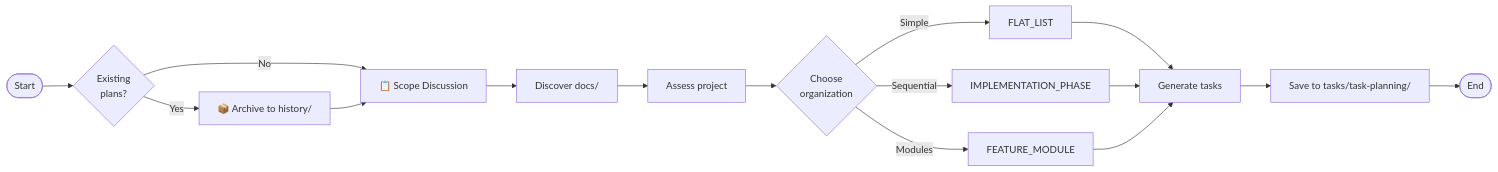
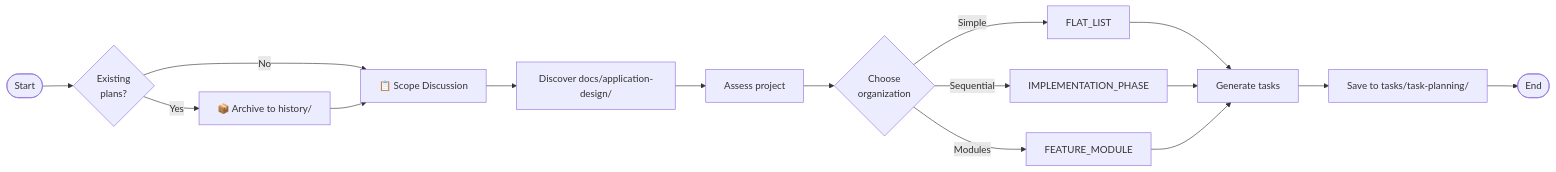
Before and after one commit to abcxyzx0099/datachat: the diagram in .claude/skills/task-planning/SKILL.md, drawn with Mermaid. The commit also changed other lines of this file and 38 other files, not shown here.

````diff
--- a/.claude/skills/task-planning/SKILL.md
+++ b/.claude/skills/task-planning/SKILL.md
@@ -24,22 +24,22 @@
 ```mermaid
 flowchart LR
     Start([Start]) --> Check{Existing<br/>plans?}
     Check -->|No| Scope["📋 Scope Discussion"]
     Check -->|Yes| Archive["📦 Archive to history/"]
     Archive --> Scope
 
-    Scope --> Discover[Discover docs/]
+    Scope --> Discover[Discover docs/application-design/]
     Discover --> Assess[Assess project]
     Assess --> Decide{Choose<br/>organization}
 
     Decide -->|Simple| Flat[FLAT_LIST]
     Decide -->|Sequential| Phase[IMPLEMENTATION_PHASE]
     Decide -->|Modules| Module[FEATURE_MODULE]
 
     Flat --> Generate[Generate tasks]
     Phase --> Generate
     Module --> Generate
 
     Generate --> Save[Save to tasks/task-planning/]
     Save --> End([End])
 ```
````
